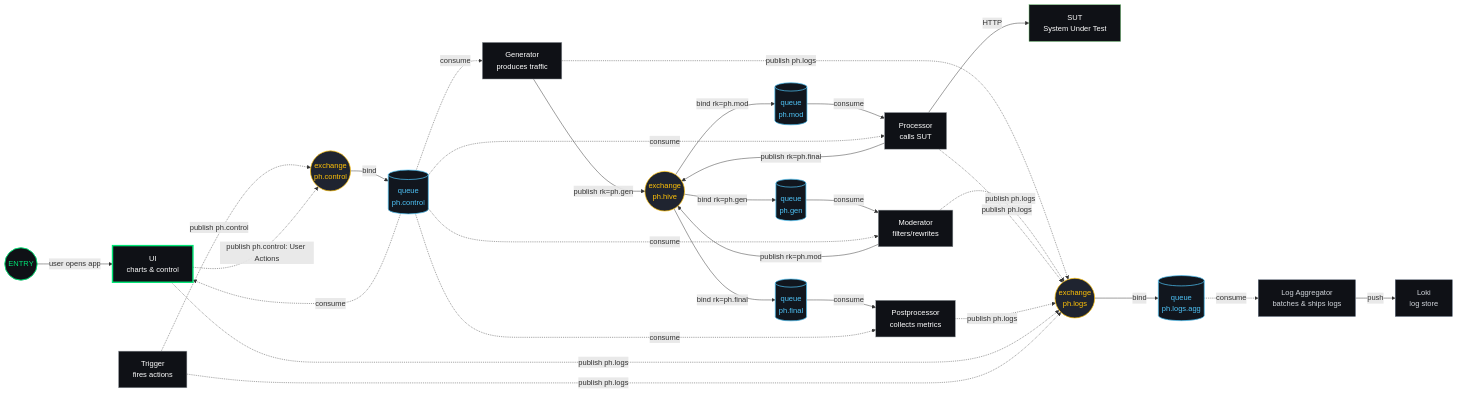
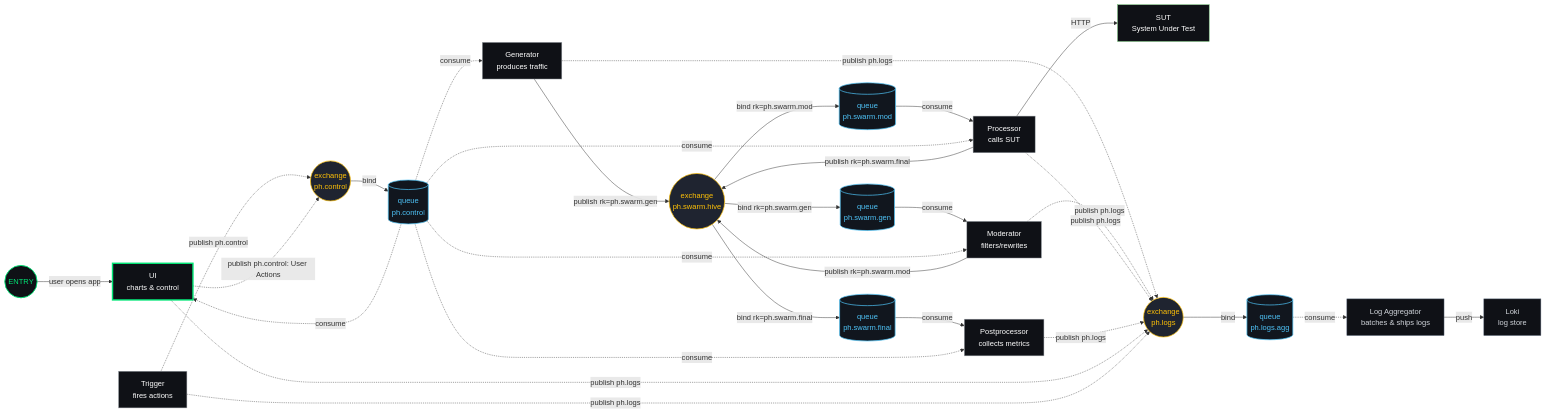
Before and after one commit to sepa79/PocketHive: the diagram in README.md, drawn with Mermaid. The commit also changed other lines of this file and 24 other files, not shown here.

Commit message:
feat: prefix queue and exchange names with swarm id

```diff
--- a/README.md
+++ b/README.md
@@ -25,21 +25,21 @@
   S[SUT<br/>System Under Test]
 
   %% Exchanges
-  Xhive((exchange<br/>ph.hive))
+  Xhive((exchange<br/>ph.swarm.hive))
   Xctrl((exchange<br/>ph.control))
   Xlogs((exchange<br/>ph.logs))
 
   %% Queues
-  Qgen[(queue<br/>ph.gen)]
-  Qmod[(queue<br/>ph.mod)]
-  Qfinal[(queue<br/>ph.final)]
+  Qgen[(queue<br/>ph.swarm.gen)]
+  Qmod[(queue<br/>ph.swarm.mod)]
+  Qfinal[(queue<br/>ph.swarm.final)]
   Qctrl[(queue<br/>ph.control)]
   Qlogs[(queue<br/>ph.logs.agg)]
 
   %% Bindings
-  Xhive -->|bind rk=ph.gen| Qgen
-  Xhive -->|bind rk=ph.mod| Qmod
-  Xhive -->|bind rk=ph.final| Qfinal
+  Xhive -->|bind rk=ph.swarm.gen| Qgen
+  Xhive -->|bind rk=ph.swarm.mod| Qmod
+  Xhive -->|bind rk=ph.swarm.final| Qfinal
   Xctrl -->|bind| Qctrl
   Xlogs -->|bind| Qlogs
 
@@ -47,14 +47,14 @@
   EP((ENTRY))
   EP -->|user opens app| UI
 
-  %% Business flow via ph.hive
-  G -->|publish rk=ph.gen| Xhive
+  %% Business flow via ph.swarm.hive
+  G -->|publish rk=ph.swarm.gen| Xhive
   Qgen -->|consume| M
 
-  M -->|publish rk=ph.mod| Xhive
+  M -->|publish rk=ph.swarm.mod| Xhive
   Qmod -->|consume| P
 
-  P -->|publish rk=ph.final| Xhive
+  P -->|publish rk=ph.swarm.final| Xhive
   Qfinal -->|consume| PP
 
   %% Control channel (dashed)
```
